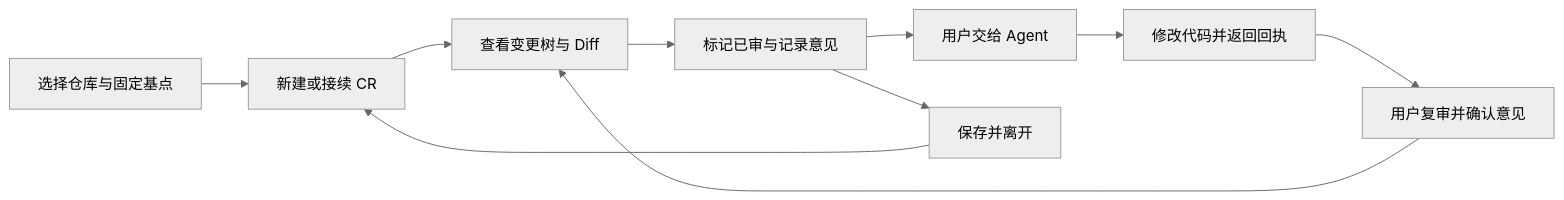
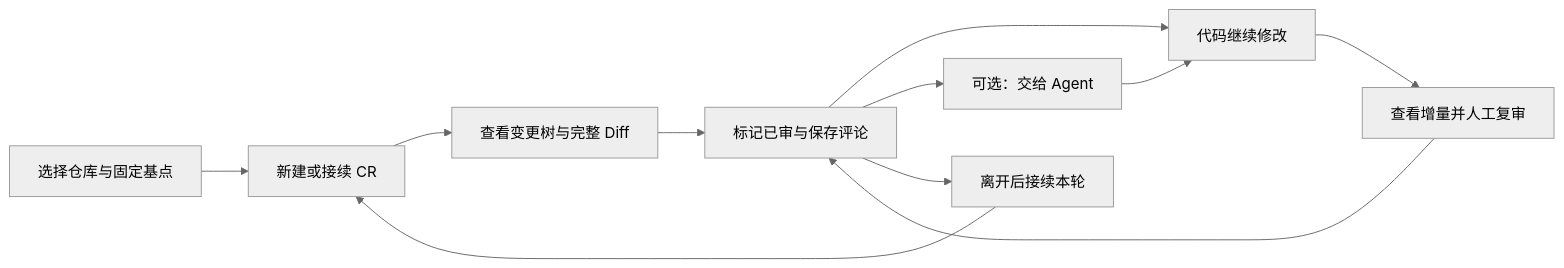
The diagram in docs/产品/README.md (To-Re/review-slate), drawn with Mermaid (neutral theme) before and after one commit. The commit also changed other lines of this file and 30 other files, not shown here.

````diff
--- a/docs/产品/README.md
+++ b/docs/产品/README.md
@@ -25,12 +21,13 @@
 ```mermaid
 flowchart LR
     A[选择仓库与固定基点] --> B[新建或接续 CR]
-    B --> C[查看变更树与 Diff]
-    C --> D[标记已审与记录意见]
-    D --> E[用户交给 Agent]
-    E --> F[修改代码并返回回执]
-    F --> G[用户复审并确认意见]
-    G --> C
-    D --> H[保存并离开]
+    B --> C[查看变更树与完整 Diff]
+    C --> D[标记已审与保存评论]
+    D --> E[代码继续修改]
+    D --> F[可选：交给 Agent]
+    F --> E
+    E --> G[查看增量并人工复审]
+    G --> D
+    D --> H[离开后接续本轮]
     H --> B
 ```
````
